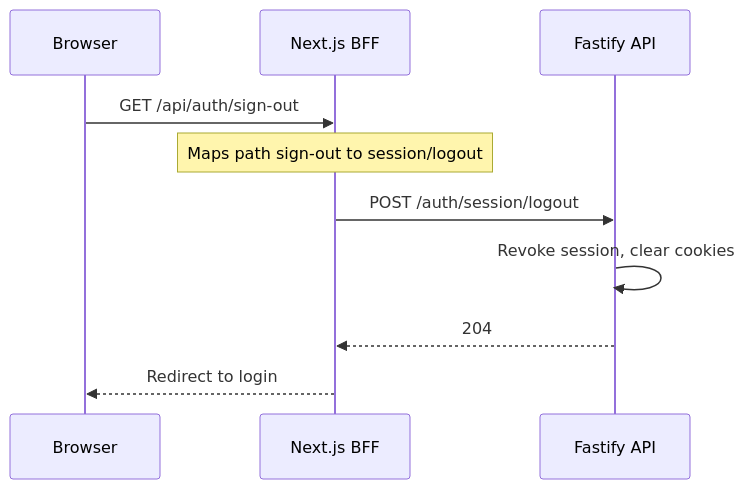
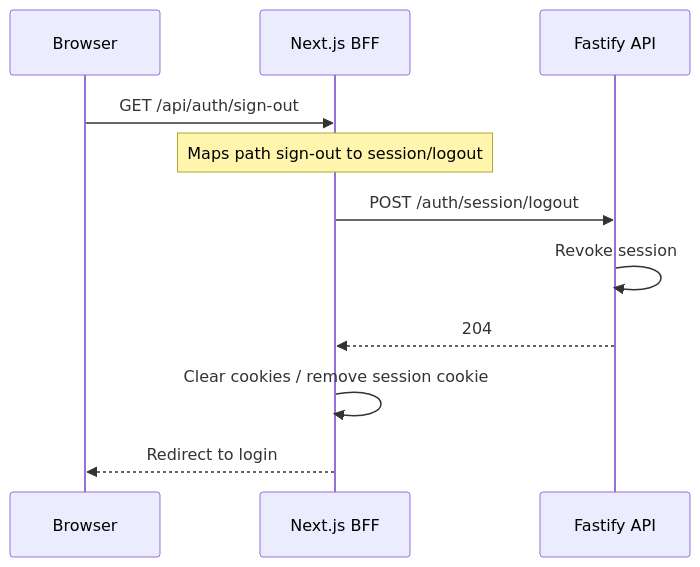
One commit to blockmatic/basilic changed the fourth of 5 diagrams in apps/docu/content/docs/architecture/authentication.mdx. Above: the diagram before and after it, drawn with Mermaid. The commit also changed 2 other files, not shown here.

Commit message:
fix: rabbit review

````diff
--- a/apps/docu/content/docs/architecture/authentication.mdx
+++ b/apps/docu/content/docs/architecture/authentication.mdx
@@ -203,13 +203,14 @@
 ```mermaid
 sequenceDiagram
   participant Browser
   participant NextBFF as Next.js BFF
   participant FastifyAPI as Fastify API
 
   Browser->>NextBFF: GET /api/auth/sign-out
   Note over NextBFF: Maps path sign-out to session/logout
   NextBFF->>FastifyAPI: POST /auth/session/logout
-  FastifyAPI->>FastifyAPI: Revoke session, clear cookies
+  FastifyAPI->>FastifyAPI: Revoke session
   FastifyAPI-->>NextBFF: 204
+  NextBFF->>NextBFF: Clear cookies / remove session cookie
   NextBFF-->>Browser: Redirect to login
 ```
````
